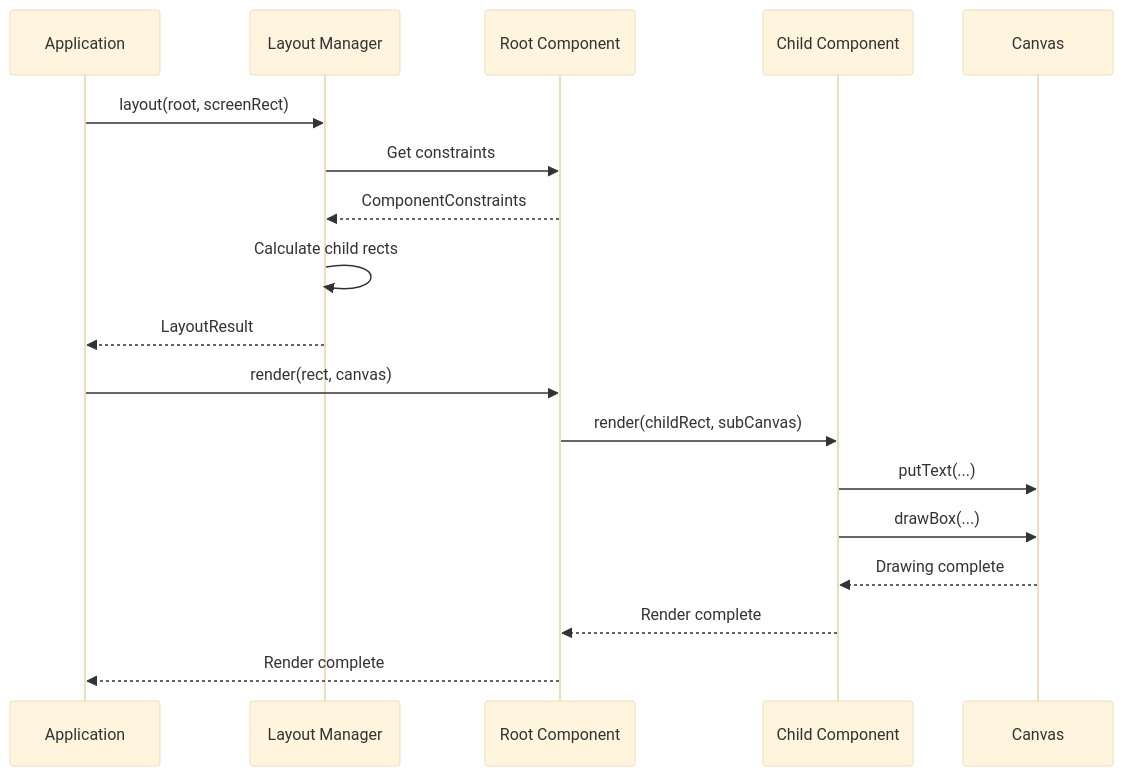
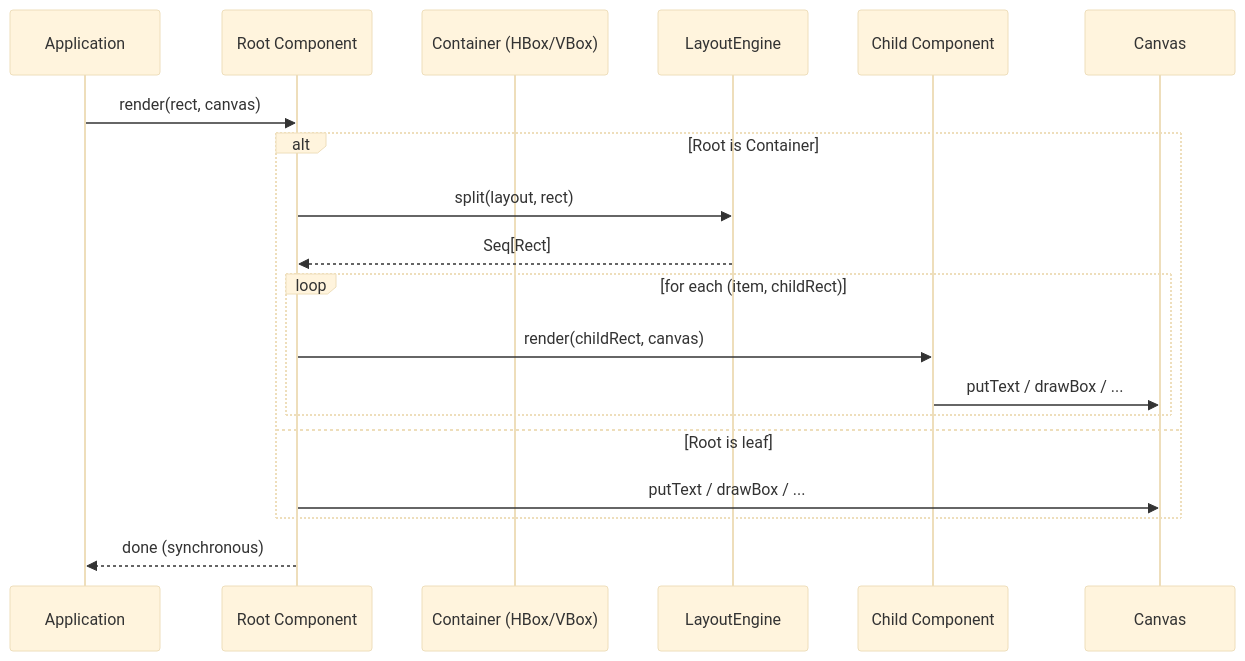
The ninth of 26 diagrams in docs/terminal-architecture.md (WickedSik/ws-console), drawn with Mermaid (base theme) before and after one commit. The commit also changed other lines of this file and 18 other files, not shown here.

First line of the commit message:
Add Layer 4 Component Model with pair-per-child containers

````diff
--- a/docs/terminal-architecture.md
+++ b/docs/terminal-architecture.md
@@ -696,20 +714,21 @@
 ```mermaid
 sequenceDiagram
     participant App as Application
-    participant Layout as Layout Manager
     participant Root as Root Component
+    participant Container as Container (HBox/VBox)
+    participant LE as LayoutEngine
     participant Child as Child Component
     participant Canvas as Canvas
-    App ->> Layout: layout(root, screenRect)
-    Layout ->> Root: Get constraints
-    Root -->> Layout: ComponentConstraints
-    Layout ->> Layout: Calculate child rects
-    Layout -->> App: LayoutResult
     App ->> Root: render(rect, canvas)
-    Root ->> Child: render(childRect, subCanvas)
-    Child ->> Canvas: putText(...)
-    Child ->> Canvas: drawBox(...)
-    Canvas -->> Child: Drawing complete
-    Child -->> Root: Render complete
-    Root -->> App: Render complete
+    alt Root is Container
+        Root ->> LE: split(layout, rect)
+        LE -->> Root: Seq[Rect]
+        loop for each (item, childRect)
+            Root ->> Child: render(childRect, canvas)
+            Child ->> Canvas: putText / drawBox / ...
+        end
+    else Root is leaf
+        Root ->> Canvas: putText / drawBox / ...
+    end
+    Root -->> App: done (synchronous)
 ```
````
